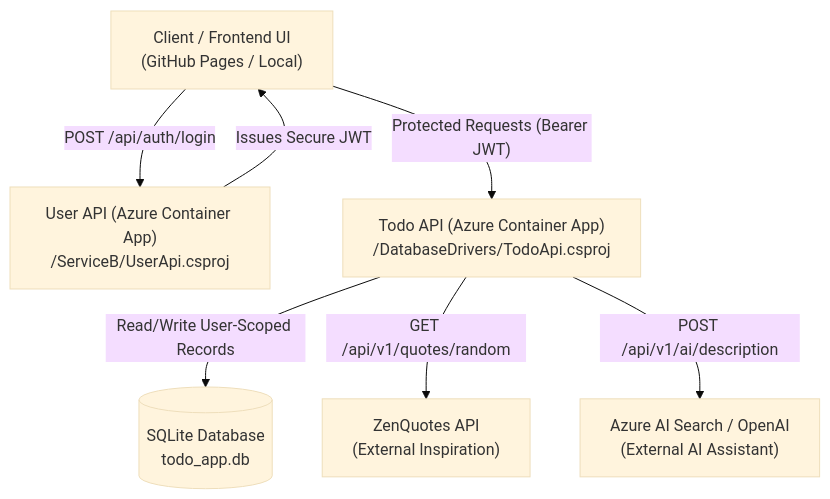
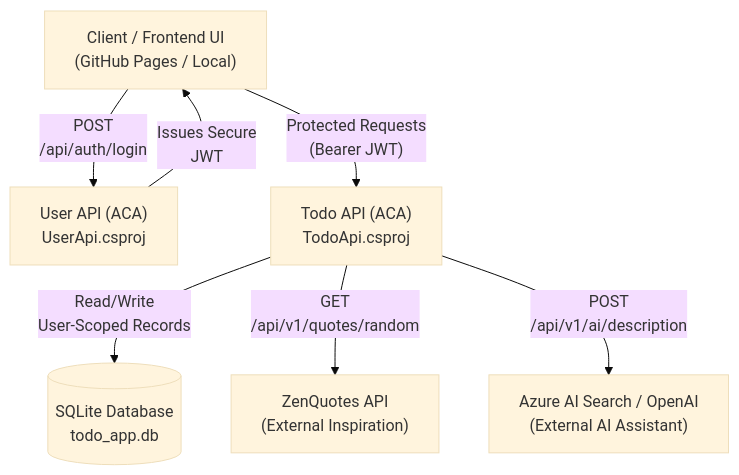
One commit to RoffeRuff42/DatabaseDrivers changed the diagram in README.md. Above: the diagram before and after it, drawn with Mermaid (base theme). The commit also changed other lines of this file, not shown here.

First line of the commit message:
Revise README for API project updates and configurations

````diff
--- a/README.md
+++ b/README.md
@@ -15,17 +15,17 @@
 ```mermaid
 graph TD
     Client["Client / Frontend UI<br/>(GitHub Pages / Local)"]
-    UserApi["User API (Azure Container App)<br/>/ServiceB/UserApi.csproj"]
-    TodoApi["Todo API (Azure Container App)<br/>/DatabaseDrivers/TodoApi.csproj"]
+    UserApi["User API (ACA)<br/>UserApi.csproj"]
+    TodoApi["Todo API (ACA)<br/>TodoApi.csproj"]
     SQLite[("SQLite Database<br/>todo_app.db")]
     ZenQuotes["ZenQuotes API<br/>(External Inspiration)"]
     AzureAI["Azure AI Search / OpenAI<br/>(External AI Assistant)"]
 
-    Client -->|"POST /api/auth/login"| UserApi
-    UserApi -->|"Issues Secure JWT"| Client
-    Client -->|"Protected Requests (Bearer JWT)"| TodoApi
+    Client -->|"POST <br/>/api/auth/login"| UserApi
+    UserApi -->|"Issues Secure <br/>JWT"| Client
+    Client -->|"Protected Requests<br/>(Bearer JWT)"| TodoApi
     
-    TodoApi -->|"Read/Write User-Scoped Records"| SQLite
-    TodoApi -->|"GET /api/v1/quotes/random"| ZenQuotes
-    TodoApi -->|"POST /api/v1/ai/description"| AzureAI
+    TodoApi -->|"Read/Write <br/>User-Scoped Records"| SQLite
+    TodoApi -->|"GET <br/>/api/v1/quotes/random"| ZenQuotes
+    TodoApi -->|"POST <br/>/api/v1/ai/description"| AzureAI
 ```
````
